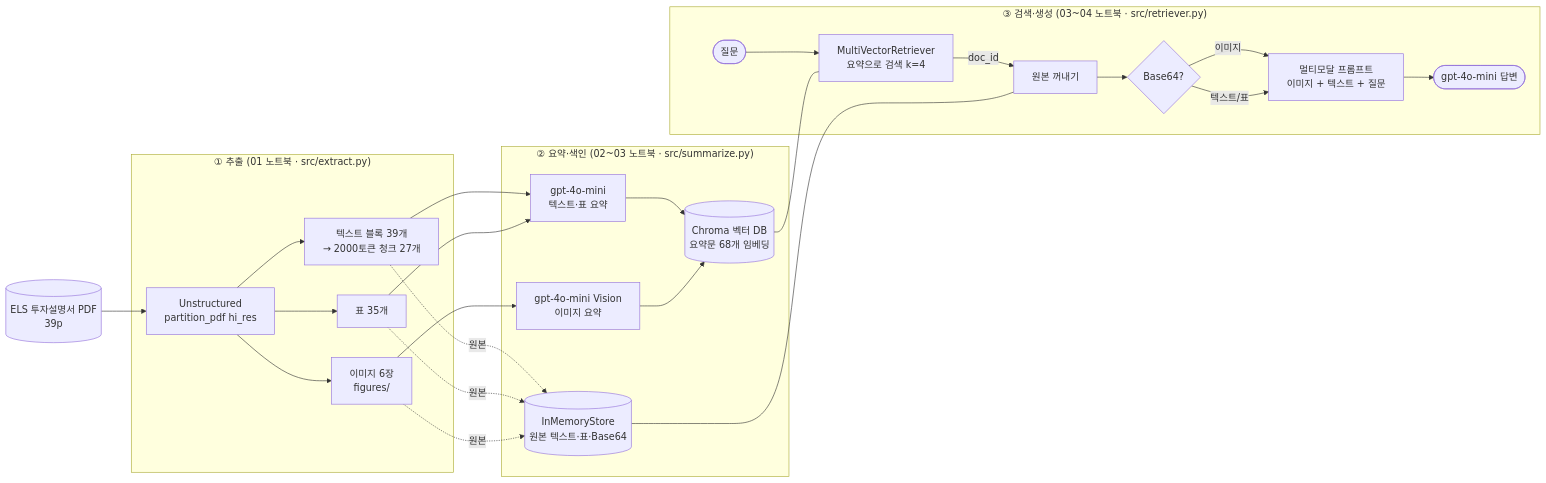
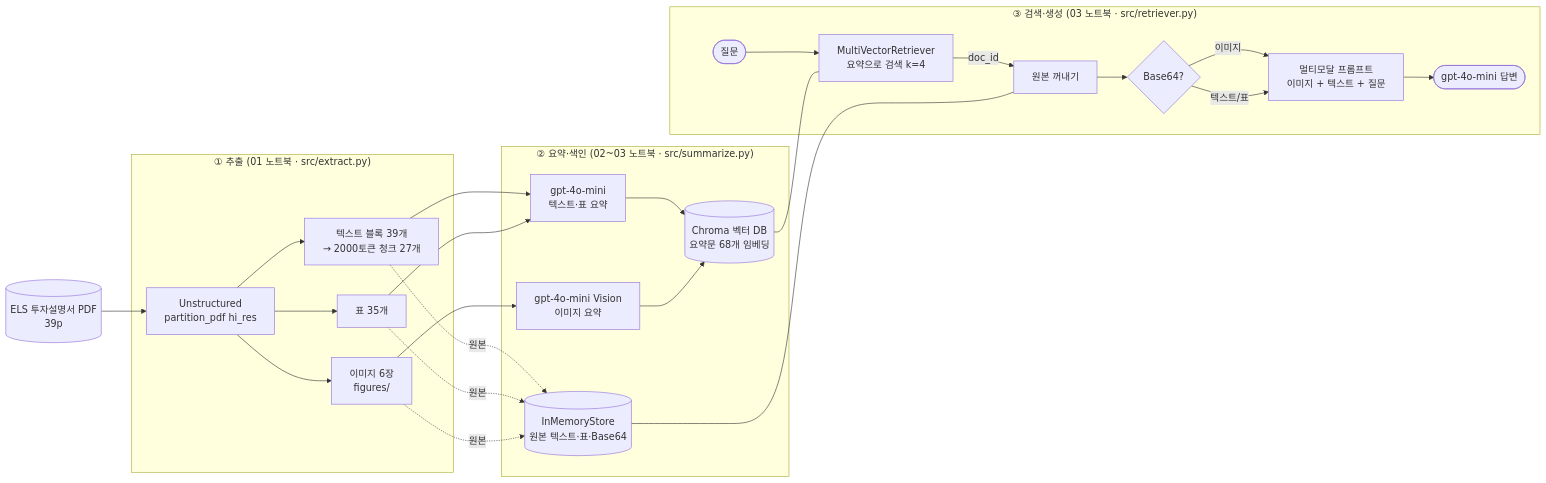
One commit to yejjini/multimodal-rag changed the diagram in README.md. Above: the diagram before and after it, drawn with Mermaid. The commit also changed other lines of this file and 1 other file, not shown here.

````diff
--- a/README.md
+++ b/README.md
@@ -25,40 +25,40 @@
 ```mermaid
 flowchart LR
     PDF[(ELS 투자설명서 PDF<br/>39p)]
 
     subgraph S1["① 추출 (01 노트북 · src/extract.py)"]
         P[Unstructured<br/>partition_pdf hi_res]
         T[텍스트 블록 39개<br/>→ 2000토큰 청크 27개]
         TB[표 35개]
         IM[이미지 6장<br/>figures/]
         P --> T & TB & IM
     end
 
     subgraph S2["② 요약·색인 (02~03 노트북 · src/summarize.py)"]
         LLM[gpt-4o-mini<br/>텍스트·표 요약]
         VLM[gpt-4o-mini Vision<br/>이미지 요약]
         VS[(Chroma 벡터 DB<br/>요약문 68개 임베딩)]
         DS[(InMemoryStore<br/>원본 텍스트·표·Base64)]
         LLM --> VS
         VLM --> VS
     end
 
-    subgraph S3["③ 검색·생성 (03~04 노트북 · src/retriever.py)"]
+    subgraph S3["③ 검색·생성 (03 노트북 · src/retriever.py)"]
         Q([질문]) --> R[MultiVectorRetriever<br/>요약으로 검색 k=4]
         R -- doc_id --> O[원본 꺼내기]
         O --> SP{Base64?}
         SP -- 이미지 --> M[멀티모달 프롬프트<br/>이미지 + 텍스트 + 질문]
         SP -- 텍스트/표 --> M
         M --> A([gpt-4o-mini 답변])
     end
 
     PDF --> P
     T --> LLM
     TB --> LLM
     IM --> VLM
     T -. 원본 .-> DS
     TB -. 원본 .-> DS
     IM -. 원본 .-> DS
     VS --- R
     DS --- O
 ```
````
